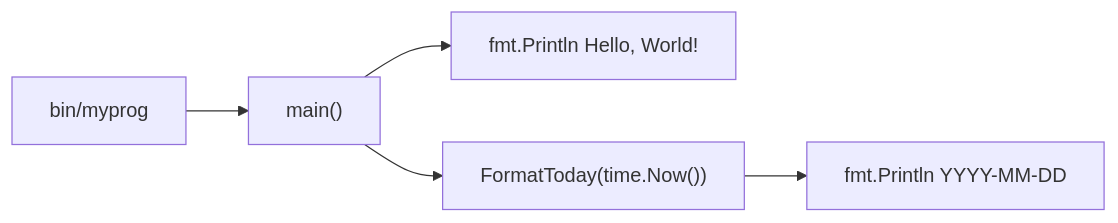
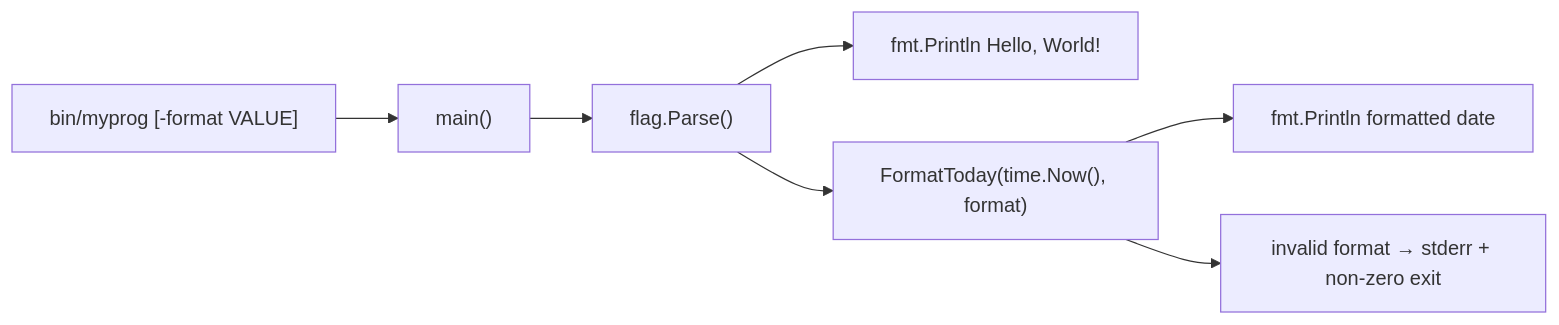
The diagram in prompts/phases/000-foundation/branches/main/ideas/000-Myprog-DisplayTodayDate.md (YamazakiYasuhiro/example-vibe-coding-2026), drawn with Mermaid before and after one commit. The commit also changed other lines of this file, not shown here.

Commit message:
docs: revise specification 000-Myprog-DisplayTodayDate per review

````diff
--- a/prompts/phases/000-foundation/branches/main/ideas/000-Myprog-DisplayTodayDate.md
+++ b/prompts/phases/000-foundation/branches/main/ideas/000-Myprog-DisplayTodayDate.md
@@ -47,7 +61,9 @@
 ```mermaid
 flowchart LR
-  Run["bin/myprog"] --> Main["main()"]
-  Main --> Hello["fmt.Println Hello, World!"]
-  Main --> Today["FormatToday(time.Now())"]
-  Today --> Out["fmt.Println YYYY-MM-DD"]
+  Run["bin/myprog [-format VALUE]"] --> Main["main()"]
+  Main --> Flag["flag.Parse()"]
+  Flag --> Hello["fmt.Println Hello, World!"]
+  Flag --> Today["FormatToday(time.Now(), format)"]
+  Today --> Out["fmt.Println formatted date"]
+  Today --> Err["invalid format → stderr + non-zero exit"]
 ```
````
